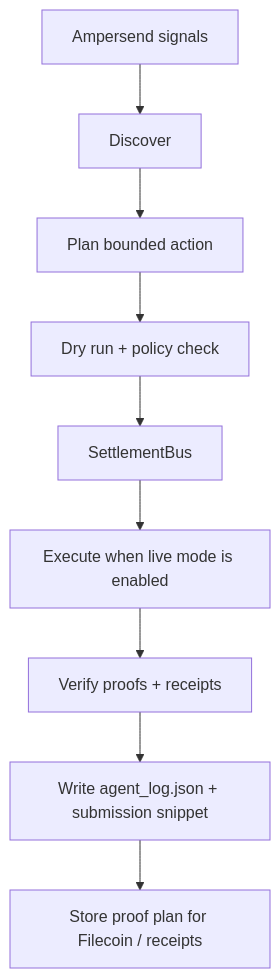
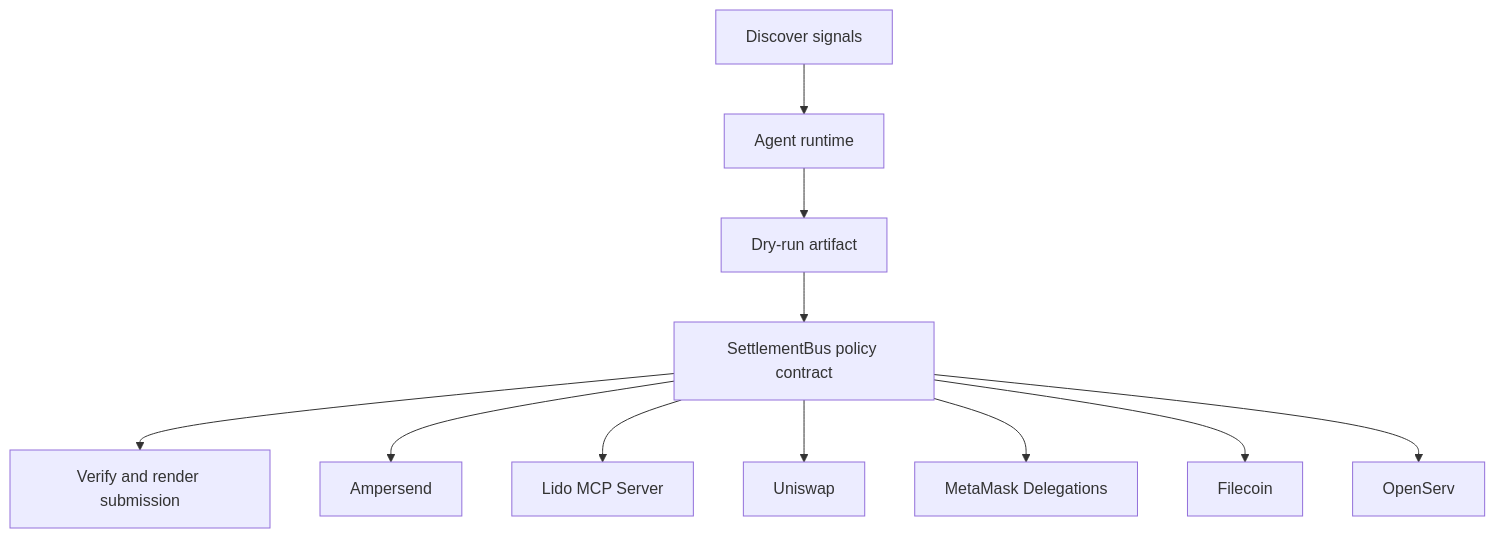
The diagram in README.md (CrystallineButterfly/Synthesis-Ampersend), drawn with Mermaid before and after one commit. The commit also changed other lines of this file and 998 other files, not shown here.

Commit message:
Implement bounded agent runtime

````diff
--- a/README.md
+++ b/README.md
@@ -30,11 +26,15 @@
-        ```mermaid
-        flowchart TD
-    Signals[Ampersend signals] --> Discover[Discover]
-    Discover --> Plan[Plan bounded action]
-    Plan --> DryRun[Dry run + policy check]
-    DryRun --> Guard[SettlementBus]
-    Guard --> Execute[Execute when live mode is enabled]
-    Execute --> Verify[Verify proofs + receipts]
-    Verify --> Persist[Write agent_log.json + submission snippet]
-    Persist --> Storage[Store proof plan for Filecoin / receipts]
-        ```
+```mermaid
+flowchart TD
+    Signals[Discover signals]
+    Planner[Agent runtime]
+    DryRun[Dry-run artifact]
+    Contract[SettlementBus policy contract]
+    Verify[Verify and render submission]
+    Signals --> Planner --> DryRun --> Contract --> Verify
+    Contract --> ampersend[Ampersend]
+    Contract --> lido_mcp_server[Lido MCP Server]
+    Contract --> uniswap[Uniswap]
+    Contract --> metamask_delegations[MetaMask Delegations]
+    Contract --> filecoin[Filecoin]
+    Contract --> openserv[OpenServ]
+```
````
